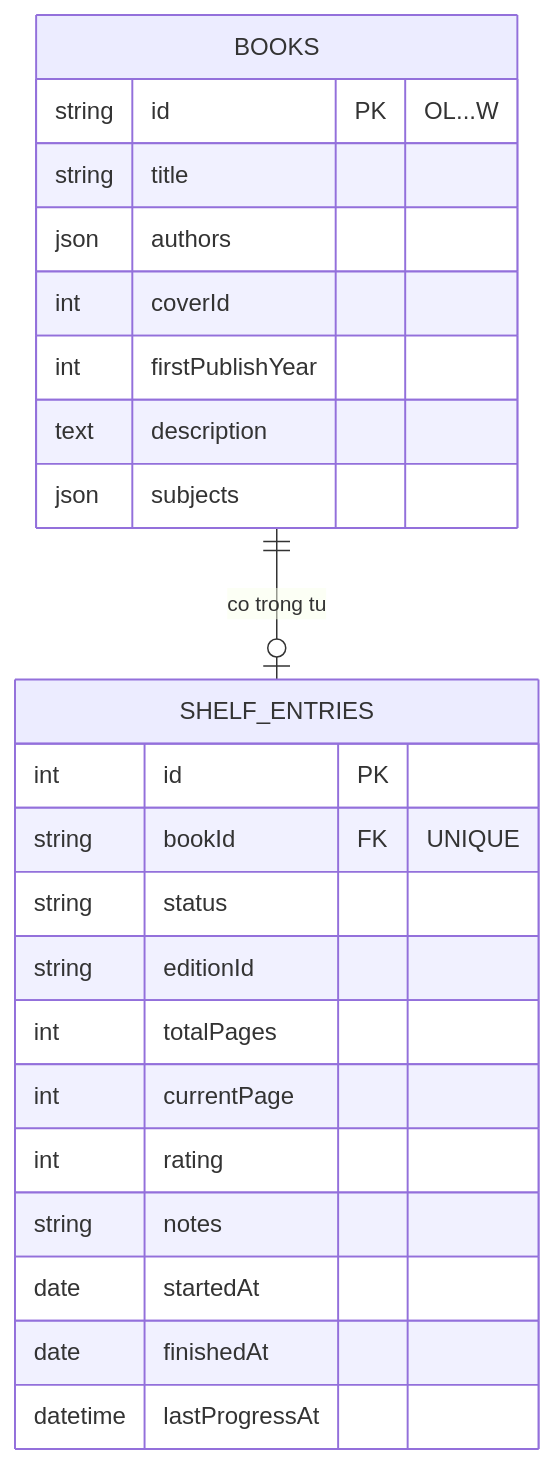
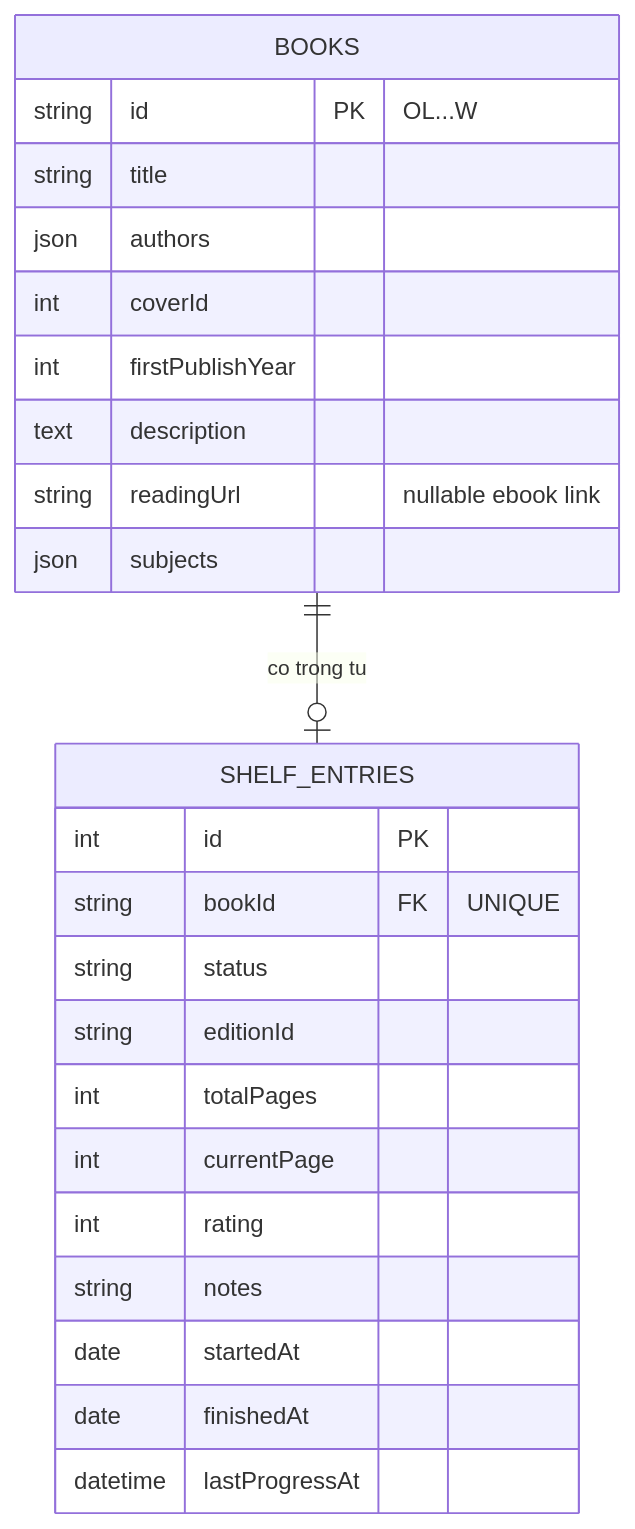
Before and after one commit to Ngoquyen07/bookmg-workspace: the second of 2 diagrams in README.md, drawn with Mermaid. The commit also changed other lines of this file and 28 other files, not shown here.

````diff
--- a/README.md
+++ b/README.md
@@ -79,26 +79,27 @@
 ```mermaid
 erDiagram
     BOOKS ||--o| SHELF_ENTRIES : "co trong tu"
     BOOKS {
         string id PK "OL...W"
         string title
         json authors
         int coverId
         int firstPublishYear
         text description
+        string readingUrl "nullable ebook link"
         json subjects
     }
     SHELF_ENTRIES {
         int id PK
         string bookId FK "UNIQUE"
         string status
         string editionId
         int totalPages
         int currentPage
         int rating
         string notes
         date startedAt
         date finishedAt
         datetime lastProgressAt
     }
 ```
````
